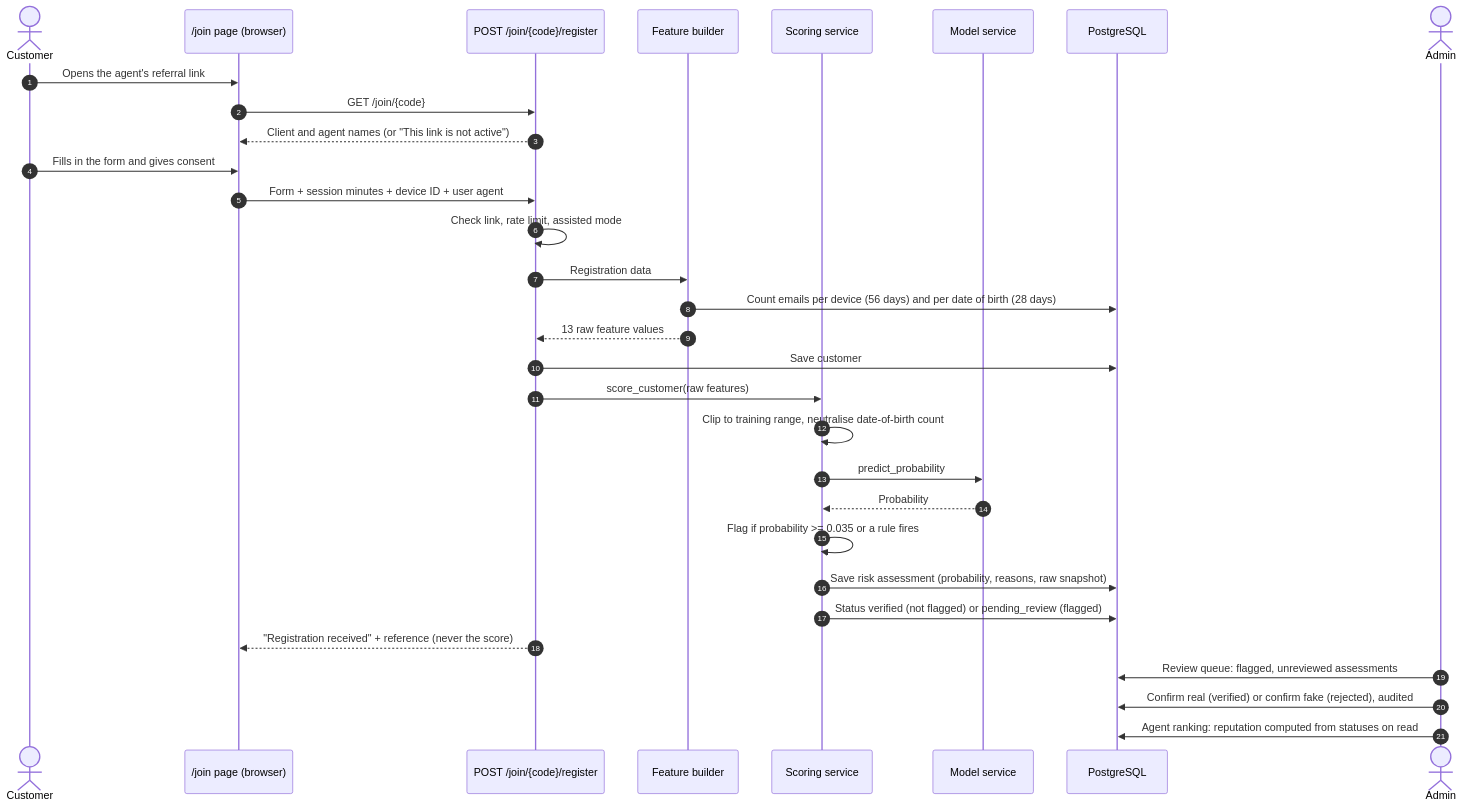
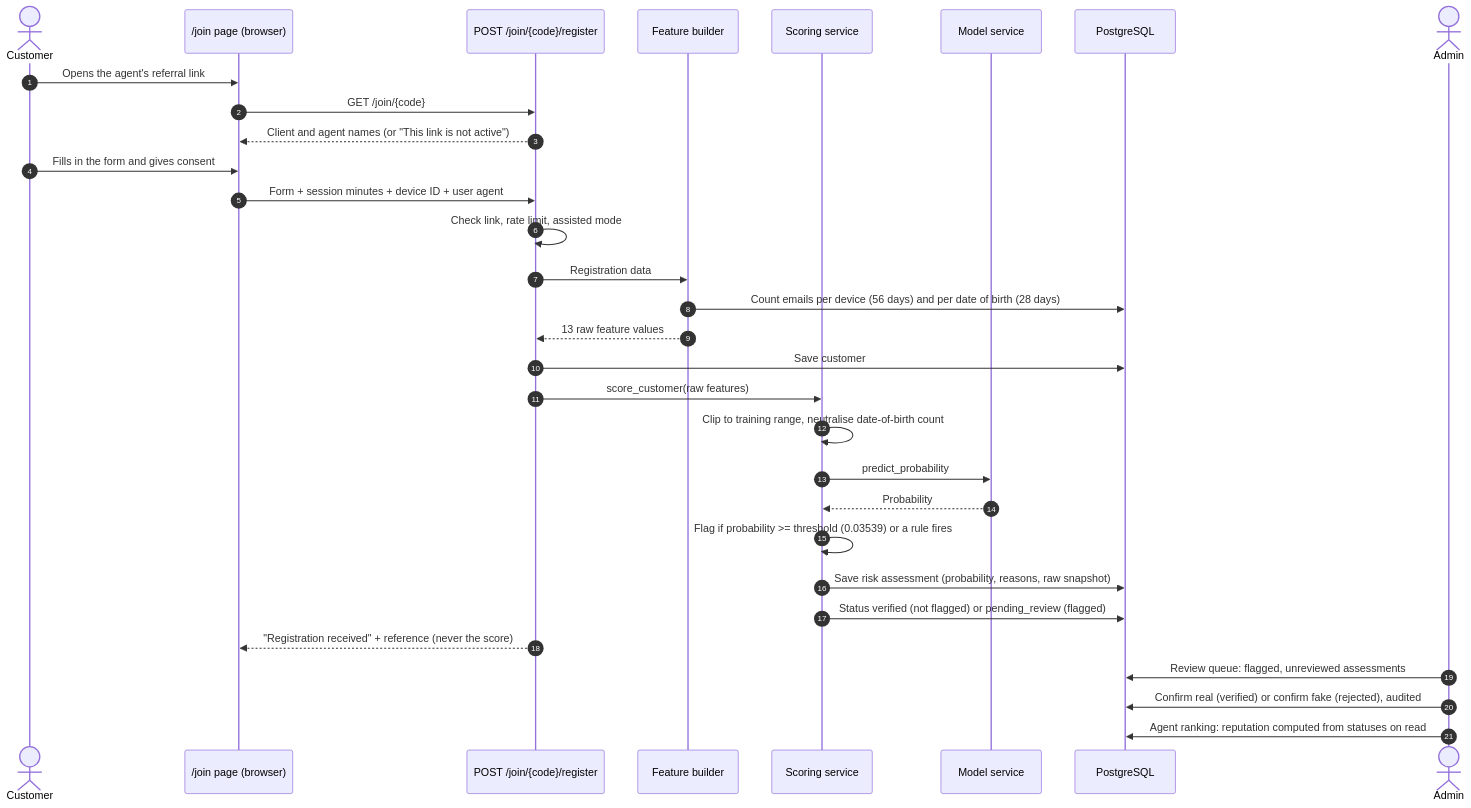
The second of 2 diagrams in docs/ml-integration.md (Myranyamwanda/Salesmesh), drawn with Mermaid before and after one commit. The commit also changed other lines of this file and 10 other files, not shown here.

````diff
--- a/docs/ml-integration.md
+++ b/docs/ml-integration.md
@@ -36,35 +36,35 @@
 ```mermaid
 sequenceDiagram
     autonumber
     actor C as Customer
     participant W as /join page (browser)
     participant J as POST /join/{code}/register
     participant F as Feature builder
     participant S as Scoring service
     participant M as Model service
     participant D as PostgreSQL
     actor A as Admin
 
     C->>W: Opens the agent's referral link
     W->>J: GET /join/{code}
     J-->>W: Client and agent names (or "This link is not active")
     C->>W: Fills in the form and gives consent
     W->>J: Form + session minutes + device ID + user agent
     J->>J: Check link, rate limit, assisted mode
     J->>F: Registration data
     F->>D: Count emails per device (56 days) and per date of birth (28 days)
     F-->>J: 13 raw feature values
     J->>D: Save customer
     J->>S: score_customer(raw features)
     S->>S: Clip to training range, neutralise date-of-birth count
     S->>M: predict_probability
     M-->>S: Probability
-    S->>S: Flag if probability >= 0.035 or a rule fires
+    S->>S: Flag if probability >= threshold (0.03539) or a rule fires
     S->>D: Save risk assessment (probability, reasons, raw snapshot)
     S->>D: Status verified (not flagged) or pending_review (flagged)
     J-->>W: "Registration received" + reference (never the score)
 
     A->>D: Review queue: flagged, unreviewed assessments
     A->>D: Confirm real (verified) or confirm fake (rejected), audited
     A->>D: Agent ranking: reputation computed from statuses on read
 ```
````
